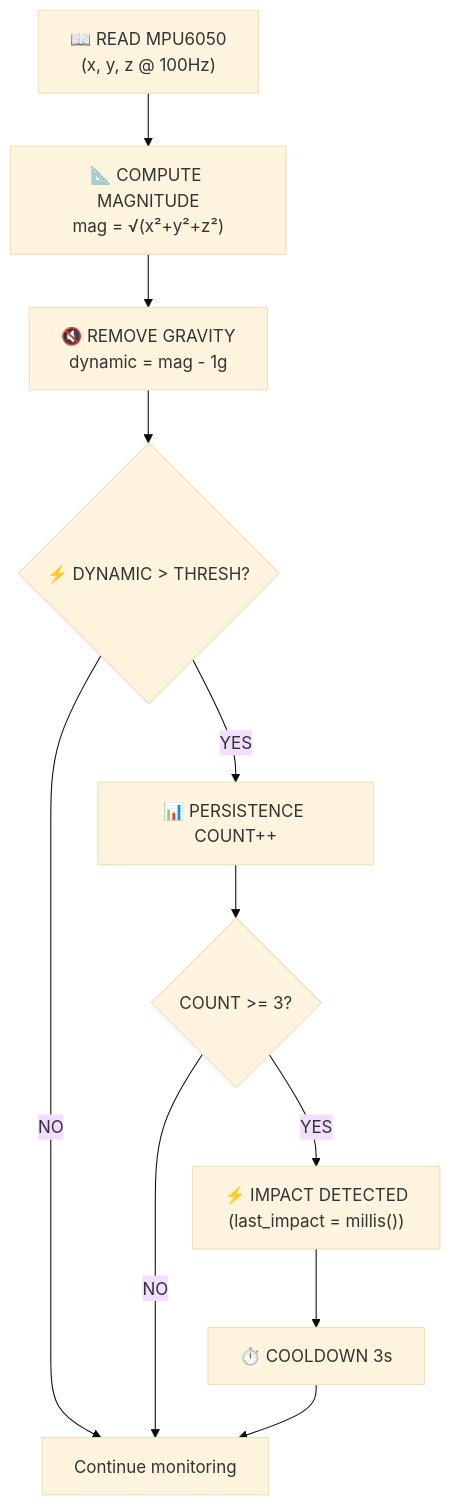
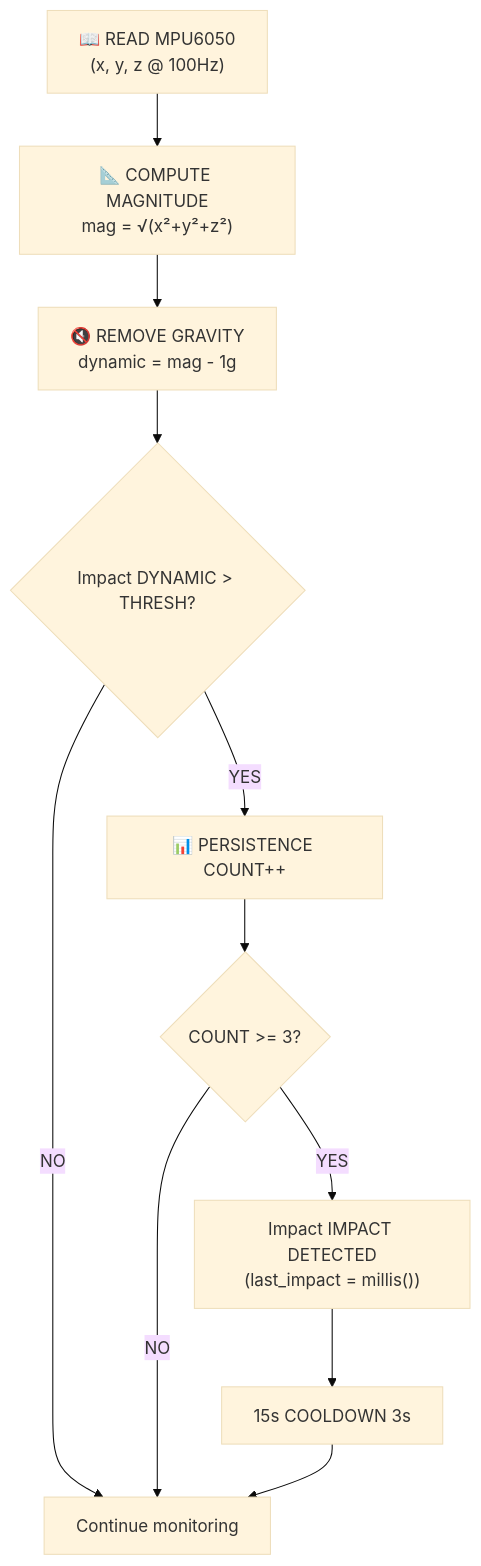
The third of 7 diagrams in docs/FLOWCHART.md (qppd/smart-vehicle-impact-detection-device), drawn with Mermaid (base theme) before and after one commit. The commit also changed other lines of this file and 10 other files, not shown here.

````diff
--- a/docs/FLOWCHART.md
+++ b/docs/FLOWCHART.md
@@ -72,13 +72,13 @@
 ```mermaid
 flowchart TD
     READ["📖 READ MPU6050<br/>(x, y, z @ 100Hz)"] --> MAG["📐 COMPUTE MAGNITUDE<br/>mag = √(x²+y²+z²)"]
     MAG --> GRAVITY["🔇 REMOVE GRAVITY<br/>dynamic = mag - 1g"]
-    GRAVITY --> THRESH{"⚡ DYNAMIC > THRESH?"}
+    GRAVITY --> THRESH{"Impact DYNAMIC > THRESH?"}
     THRESH -->|NO| MONITOR["Continue monitoring"]
     THRESH -->|YES| PERSIST["📊 PERSISTENCE COUNT++"]
     PERSIST --> COUNT{"COUNT >= 3?"}
     COUNT -->|NO| MONITOR
-    COUNT -->|YES| DETECT["⚡ IMPACT DETECTED<br/>(last_impact = millis())"]
-    DETECT --> COOLDOWN["⏱️ COOLDOWN 3s"]
+    COUNT -->|YES| DETECT["Impact IMPACT DETECTED<br/>(last_impact = millis())"]
+    DETECT --> COOLDOWN["15s COOLDOWN 3s"]
     COOLDOWN --> MONITOR
 ```
````
